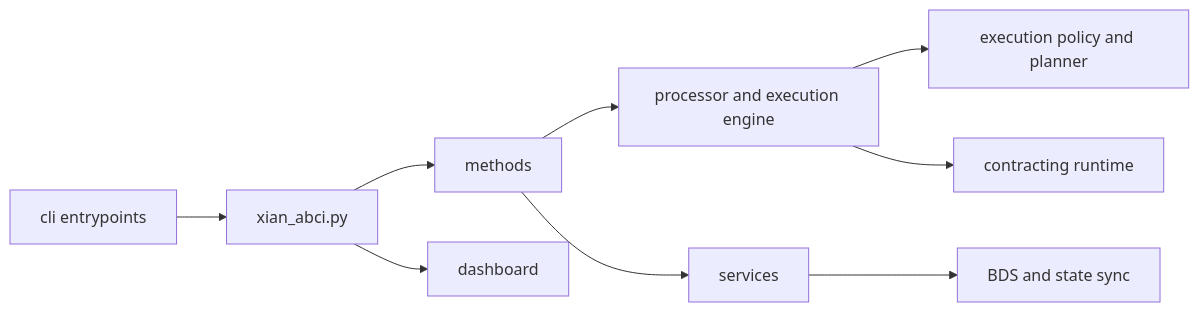
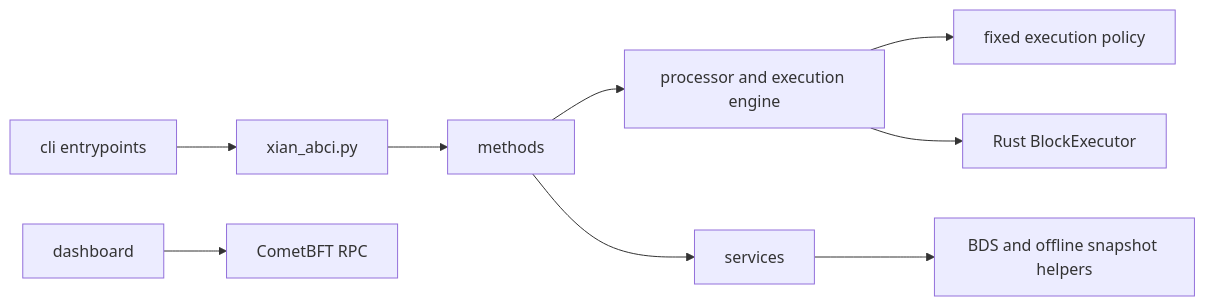
The diagram in src/xian/README.md (xian-technology/xian-abci), drawn with Mermaid before and after one commit. The commit also changed 4 other files, not shown here.

First line of the commit message:
docs: align runtime diagrams and node tooling references

````diff
--- a/src/xian/README.md
+++ b/src/xian/README.md
@@ -31,11 +31,11 @@
 ```mermaid
 flowchart LR
   ABCI["xian_abci.py"] --> Methods["methods"]
   Methods --> Processor["processor and execution engine"]
-  Processor --> Policy["execution policy and planner"]
-  Processor --> Contracting["contracting runtime"]
+  Processor --> Policy["fixed execution policy"]
+  Processor --> VM["Rust BlockExecutor"]
   Methods --> Services["services"]
-  Services --> BDS["BDS and state sync"]
-  ABCI --> Dashboard["dashboard"]
+  Services --> BDS["BDS and offline snapshot helpers"]
+  Dashboard["dashboard"] --> RPC["CometBFT RPC"]
   CLI["cli entrypoints"] --> ABCI
 ```
````
